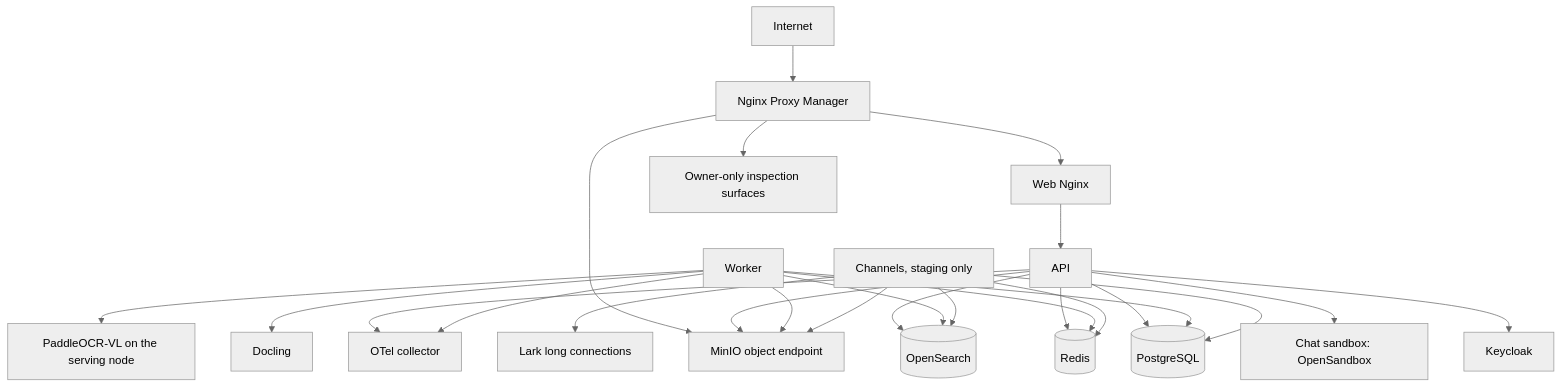
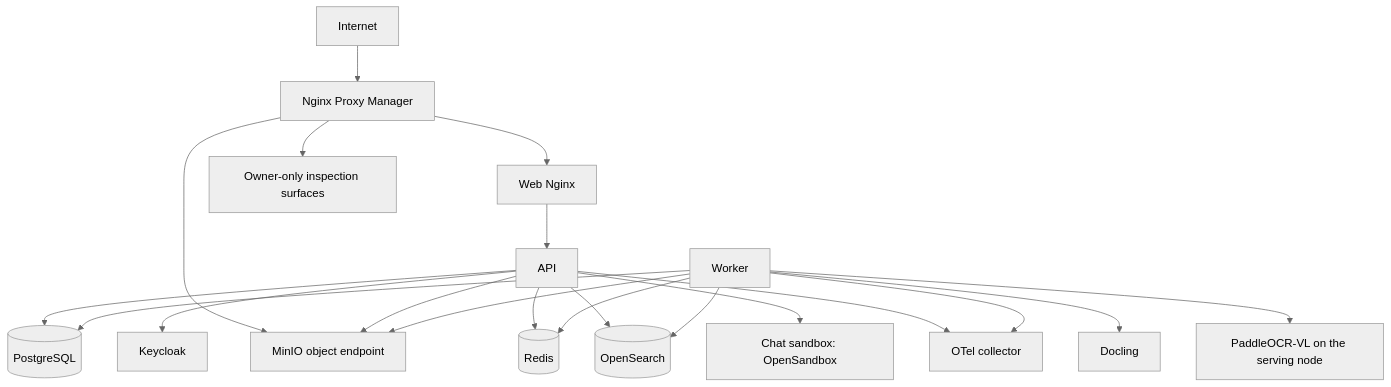
One commit to kl3inIT/MemoryOS changed the sixth of 6 diagrams in ARCHITECTURE.md. Above: the diagram before and after it, drawn with Mermaid (neutral theme). The commit also changed other lines of this file and 338 other files, not shown here.

````diff
--- a/ARCHITECTURE.md
+++ b/ARCHITECTURE.md
@@ -344,27 +332,22 @@
 ```mermaid
 flowchart TB
     INTERNET[Internet] --> NPM[Nginx Proxy Manager]
     NPM --> WEB[Web Nginx]
     NPM --> MINIO[MinIO object endpoint]
     NPM --> INSPECT[Owner-only inspection surfaces]
     WEB --> API
     API --> PG[(PostgreSQL)]
     API --> KC[Keycloak]
     API --> MINIO
     API --> REDIS[(Redis)]
     API --> OPENSEARCH[(OpenSearch)]
     API --> SANDBOX[Chat sandbox: OpenSandbox]
     WORKER[Worker] --> PG
     WORKER --> REDIS
     WORKER --> MINIO
     WORKER --> OPENSEARCH
     WORKER --> DOCLING[Docling]
     WORKER --> PADDLE[PaddleOCR-VL on the serving node]
     API --> OTEL[OTel collector]
     WORKER --> OTEL
-    CHANNELS[Channels, staging only] --> PG
-    CHANNELS --> REDIS
-    CHANNELS --> MINIO
-    CHANNELS --> OPENSEARCH
-    CHANNELS --> LARKWS[Lark long connections]
 ```
````
